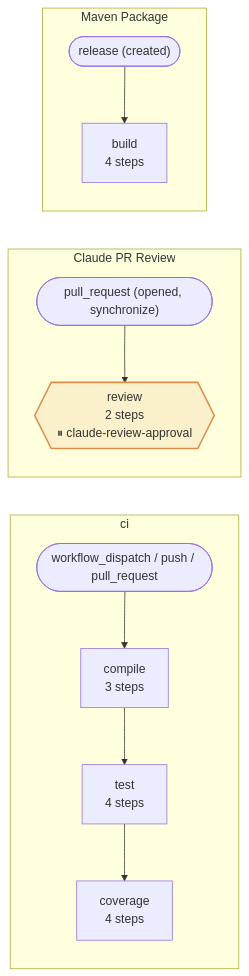
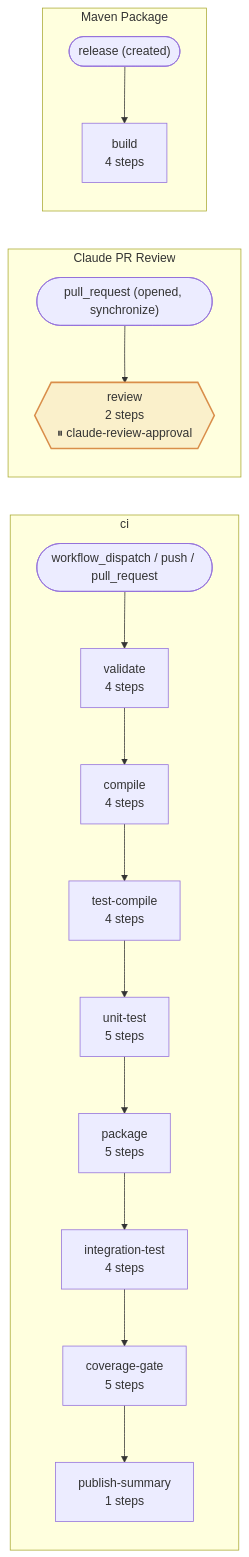
Before and after one commit to ekaekaz/ekaekaz: the diagram in .github/PIPELINE.md, drawn with Mermaid. The commit also changed 1 other file, not shown here.

Commit message:
Expand ci.yml to 8 staged jobs
validate -> compile -> test-compile -> unit-test -> package ->
integration-test -> coverage-gate -> publish-summary, each gated on
the previous via needs so the Actions summary graph shows 8 connected
nodes. Each stage is a real, independently-runnable Maven lifecycle
command (verified locally); ~/.m2 is cached across jobs via
actions/cache keyed on pom.xml so the extra jobs don't each re-download
the full dependency tree. publish-summary writes a closing
$GITHUB_STEP_SUMMARY instead of re-running Maven.

````diff
--- a/.github/PIPELINE.md
+++ b/.github/PIPELINE.md
@@ -6,25 +6,35 @@
 ```mermaid
 flowchart LR
   classDef gated fill:#d98e4a22,stroke:#d98e4a,stroke-width:2px;
   classDef error fill:#e2665b22,stroke:#e2665b,stroke-width:2px;
   subgraph ci ["ci"]
     ci_trigger(["workflow_dispatch / push / pull_request"])
-    ci_compile["compile\n3 steps"]
-    ci_trigger --> ci_compile
-    ci_test["test\n4 steps"]
-    ci_compile --> ci_test
-    ci_coverage["coverage\n4 steps"]
-    ci_test --> ci_coverage
+    ci_validate["validate\n4 steps"]
+    ci_trigger --> ci_validate
+    ci_compile["compile\n4 steps"]
+    ci_validate --> ci_compile
+    ci_test_compile["test-compile\n4 steps"]
+    ci_compile --> ci_test_compile
+    ci_unit_test["unit-test\n5 steps"]
+    ci_test_compile --> ci_unit_test
+    ci_package["package\n5 steps"]
+    ci_unit_test --> ci_package
+    ci_integration_test["integration-test\n4 steps"]
+    ci_package --> ci_integration_test
+    ci_coverage_gate["coverage-gate\n5 steps"]
+    ci_integration_test --> ci_coverage_gate
+    ci_publish_summary["publish-summary\n1 steps"]
+    ci_coverage_gate --> ci_publish_summary
   end
   subgraph claude_code_review ["Claude PR Review"]
     claude_code_review_trigger(["pull_request (opened, synchronize)"])
     claude_code_review_review{{"review\n2 steps\n⏸ claude-review-approval"}}
     class claude_code_review_review gated;
     claude_code_review_trigger --> claude_code_review_review
   end
   subgraph maven_publish ["Maven Package"]
     maven_publish_trigger(["release (created)"])
     maven_publish_build["build\n4 steps"]
     maven_publish_trigger --> maven_publish_build
   end
 ```
````
